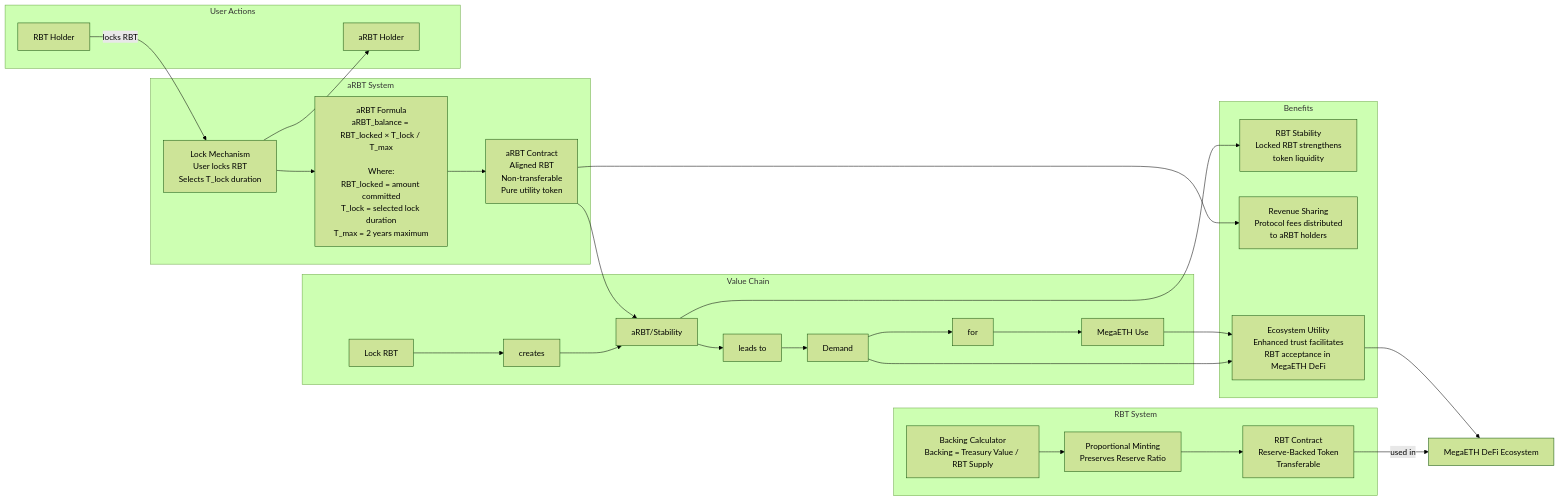
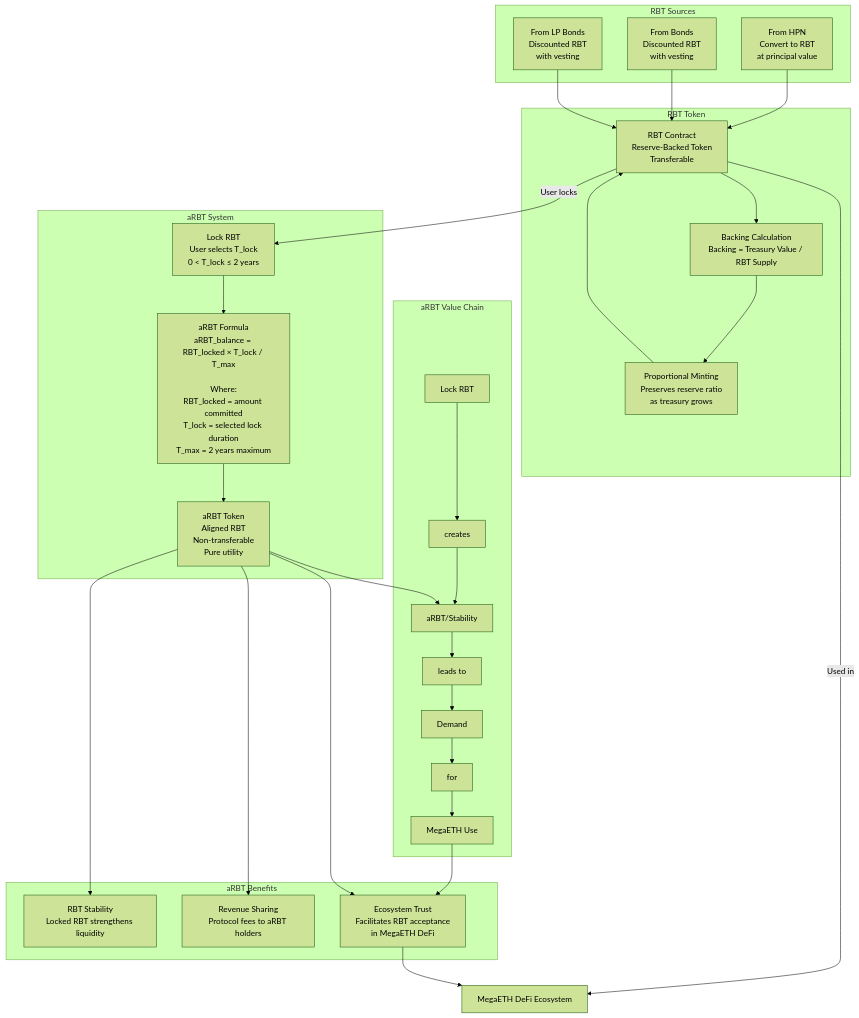
The second of 7 diagrams in blackhaven-architecture-diagrams.md (0xJaehaerys/ohmega), drawn with Mermaid (forest theme) before and after one commit. The commit also changed other lines of this file, not shown here.

First line of the commit message:
Align architecture diagrams with updated spec

````diff
--- a/blackhaven-architecture-diagrams.md
+++ b/blackhaven-architecture-diagrams.md
@@ -219,61 +39,65 @@
 ```mermaid
-graph LR
-    subgraph "RBT System"
-        RBT_CONTRACT[RBT Contract<br/>Reserve-Backed Token<br/>Transferable]
-        BACKING_CALC[Backing Calculator<br/>Backing = Treasury Value / RBT Supply]
-        PROPORTIONAL_MINT[Proportional Minting<br/>Preserves Reserve Ratio]
+graph TB
+    subgraph "RBT Token"
+        RBT[RBT Contract<br/>Reserve-Backed Token<br/>Transferable]
+        BACKING[Backing Calculation<br/>Backing = Treasury Value / RBT Supply]
+        MINTING[Proportional Minting<br/>Preserves reserve ratio<br/>as treasury grows]
+    end
+    
+    subgraph "RBT Sources"
+        HPN_SOURCE[From HPN<br/>Convert to RBT<br/>at principal value]
+        BOND_SOURCE[From Bonds<br/>Discounted RBT<br/>with vesting]
+        LP_BOND_SOURCE[From LP Bonds<br/>Discounted RBT<br/>with vesting]
     end
     
     subgraph "aRBT System"
-        LOCK_MECHANISM[Lock Mechanism<br/>User locks RBT<br/>Selects T_lock duration]
+        LOCK[Lock RBT<br/>User selects T_lock<br/>0 < T_lock ≤ 2 years]
         FORMULA[aRBT Formula<br/>aRBT_balance = RBT_locked × T_lock / T_max<br/><br/>Where:<br/>RBT_locked = amount committed<br/>T_lock = selected lock duration<br/>T_max = 2 years maximum]
-        ARBT_CONTRACT[aRBT Contract<br/>Aligned RBT<br/>Non-transferable<br/>Pure utility token]
+        ARBT[aRBT Token<br/>Aligned RBT<br/>Non-transferable<br/>Pure utility]
     end
     
-    subgraph "Value Chain"
-        STEP1[Lock RBT]
-        STEP2[creates]
-        STEP3[aRBT/Stability]
-        STEP4[leads to]
-        STEP5[Demand]
-        STEP6[for]
-        STEP7[MegaETH Use]
+    subgraph "aRBT Value Chain"
+        CHAIN1[Lock RBT]
+        CHAIN2[creates]
+        CHAIN3[aRBT/Stability]
+        CHAIN4[leads to]
+        CHAIN5[Demand]
+        CHAIN6[for]
+        CHAIN7[MegaETH Use]
     end
     
-    subgraph "Benefits"
-        STABILITY_BENEFIT[RBT Stability<br/>Locked RBT strengthens<br/>token liquidity]
-        REVENUE_SHARE[Revenue Sharing<br/>Protocol fees distributed<br/>to aRBT holders]
-        ECOSYSTEM_UTILITY[Ecosystem Utility<br/>Enhanced trust facilitates<br/>RBT acceptance in MegaETH DeFi]
+    subgraph "aRBT Benefits"
+        STABILITY[RBT Stability<br/>Locked RBT strengthens liquidity]
+        REVENUE[Revenue Sharing<br/>Protocol fees to aRBT holders]
+        TRUST[Ecosystem Trust<br/>Facilitates RBT acceptance<br/>in MegaETH DeFi]
     end
     
-    subgraph "User Actions"
-        USER_RBT[RBT Holder]
-        USER_ARBT[aRBT Holder]
-    end
+    HPN_SOURCE --> RBT
+    BOND_SOURCE --> RBT
+    LP_BOND_SOURCE --> RBT
     
-    USER_RBT -->|locks RBT| LOCK_MECHANISM
-    LOCK_MECHANISM --> FORMULA
-    FORMULA --> ARBT_CONTRACT
+    RBT --> BACKING
+    BACKING --> MINTING
+    MINTING --> RBT
     
-    STEP1 --> STEP2
-    STEP2 --> STEP3
-    STEP3 --> STEP4
-    STEP4 --> STEP5
-    STEP5 --> STEP6
-    STEP6 --> STEP7
+    RBT -->|User locks| LOCK
+    LOCK --> FORMULA
+    FORMULA --> ARBT
     
-    ARBT_CONTRACT --> STEP3
-    STEP3 --> STABILITY_BENEFIT
-    STEP5 --> ECOSYSTEM_UTILITY
-    STEP7 --> ECOSYSTEM_UTILITY
+    CHAIN1 --> CHAIN2
+    CHAIN2 --> CHAIN3
+    CHAIN3 --> CHAIN4
+    CHAIN4 --> CHAIN5
+    CHAIN5 --> CHAIN6
+    CHAIN6 --> CHAIN7
     
-    ARBT_CONTRACT --> REVENUE_SHARE
+    ARBT --> CHAIN3
+    CHAIN7 --> TRUST
     
-    BACKING_CALC --> PROPORTIONAL_MINT
-    PROPORTIONAL_MINT --> RBT_CONTRACT
+    ARBT --> STABILITY
+    ARBT --> REVENUE
+    ARBT --> TRUST
     
-    LOCK_MECHANISM --> USER_ARBT
-    
-    RBT_CONTRACT -->|used in| DEFI[MegaETH DeFi Ecosystem]
-    ECOSYSTEM_UTILITY --> DEFI
+    RBT -->|Used in| DEFI[MegaETH DeFi Ecosystem]
+    TRUST --> DEFI
 ```
````
